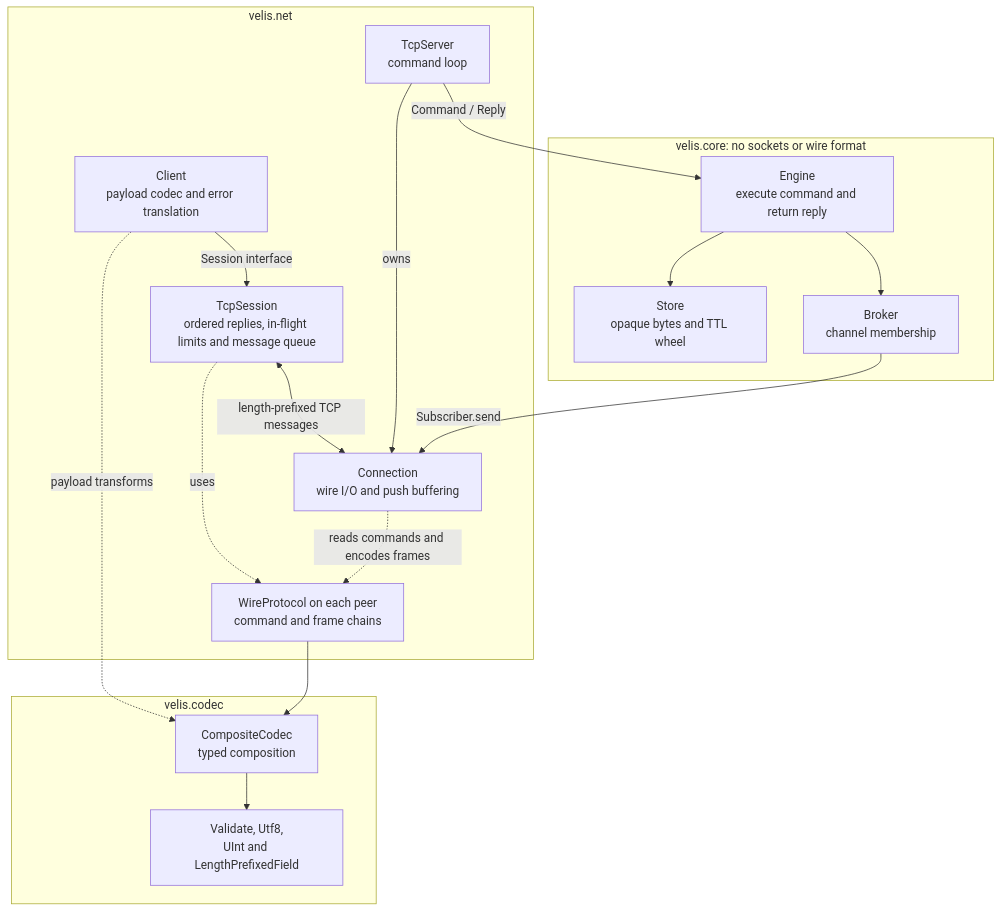
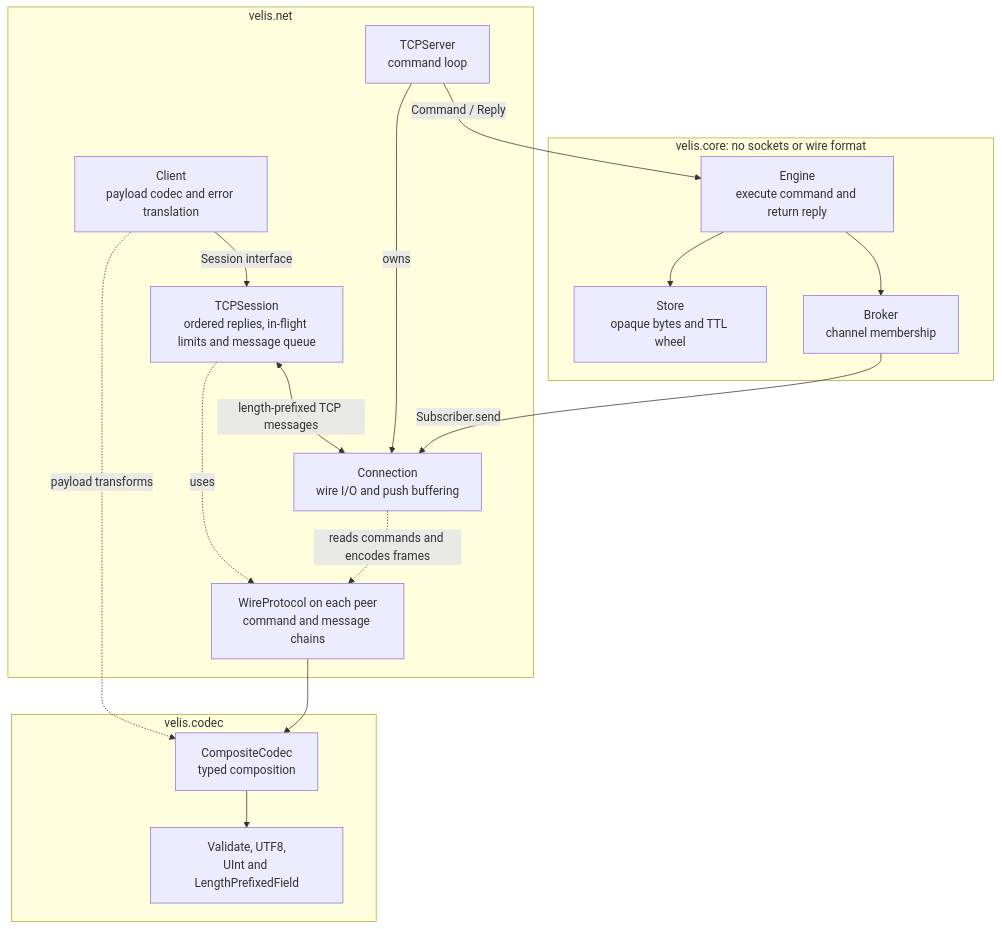
One commit to gchape/velis changed the first of 6 diagrams in README.md. Above: the diagram before and after it, drawn with Mermaid. The commit also changed other lines of this file, not shown here.

Commit message:
docs: update architecture, naming and API migration guidance

````diff
--- a/README.md
+++ b/README.md
@@ -120,34 +120,34 @@
 ```mermaid
 flowchart TB
     subgraph net ["velis.net"]
         client["Client<br/>payload codec and error translation"]
-        session["TcpSession<br/>ordered replies, in-flight limits and message queue"]
-        server["TcpServer<br/>command loop"]
+        session["TCPSession<br/>ordered replies, in-flight limits and message queue"]
+        server["TCPServer<br/>command loop"]
         conn["Connection<br/>wire I/O and push buffering"]
-        wire["WireProtocol on each peer<br/>command and frame chains"]
+        wire["WireProtocol on each peer<br/>command and message chains"]
     end
 
     subgraph codecs ["velis.codec"]
         chain["CompositeCodec<br/>typed composition"]
-        stages["Validate, Utf8,<br/>UInt and LengthPrefixedField"]
+        stages["Validate, UTF8,<br/>UInt and LengthPrefixedField"]
     end
 
     subgraph core ["velis.core: no sockets or wire format"]
         engine["Engine<br/>execute command and return reply"]
         store["Store<br/>opaque bytes and TTL wheel"]
         broker["Broker<br/>channel membership"]
     end
 
     client -->|"Session interface"| session
     session <-->|"length-prefixed TCP messages"| conn
     server -->|"owns"| conn
     server -->|"Command / Reply"| engine
     session -.->|"uses"| wire
     conn -.->|"reads commands and encodes frames"| wire
     client -.->|"payload transforms"| chain
     wire --> chain
     chain --> stages
     engine --> store
     engine --> broker
     broker -->|"Subscriber.send"| conn
 ```
````
